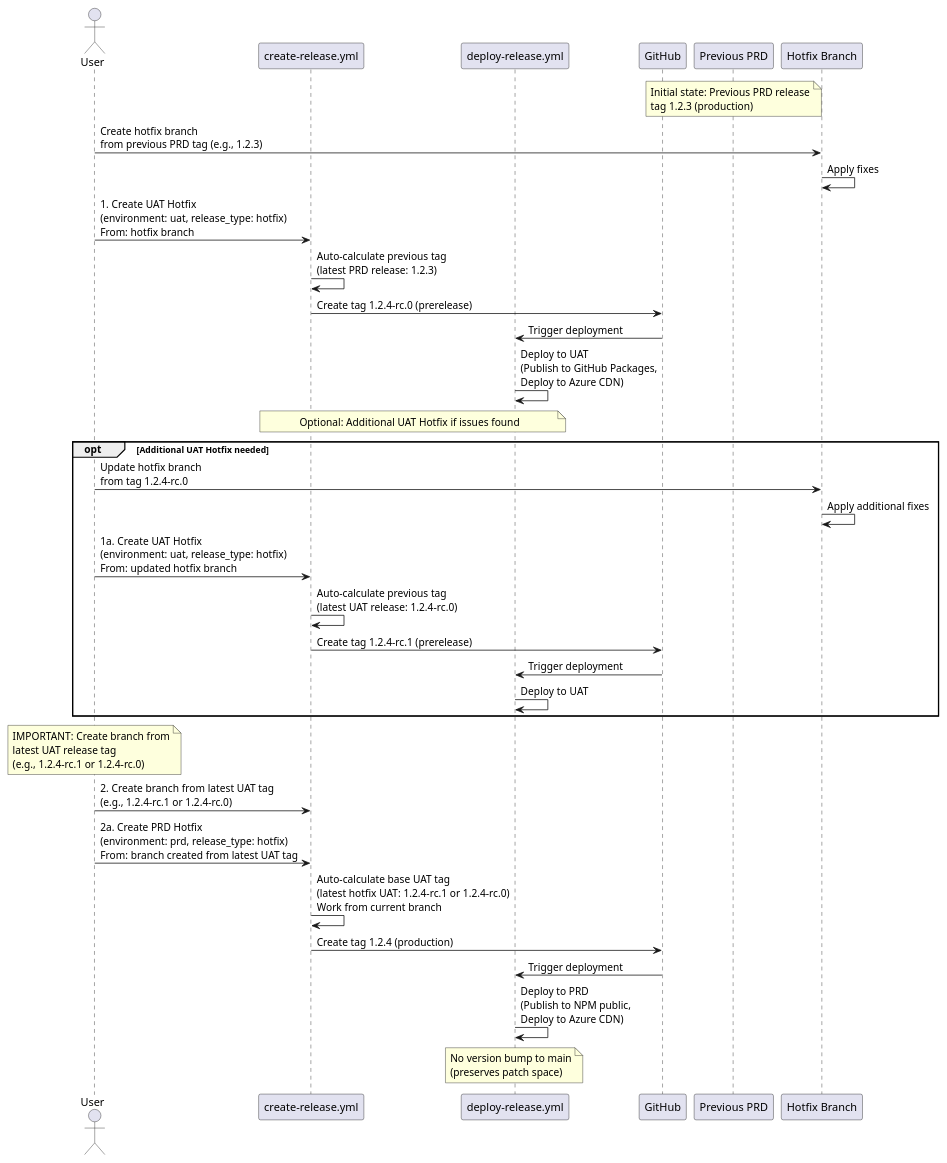
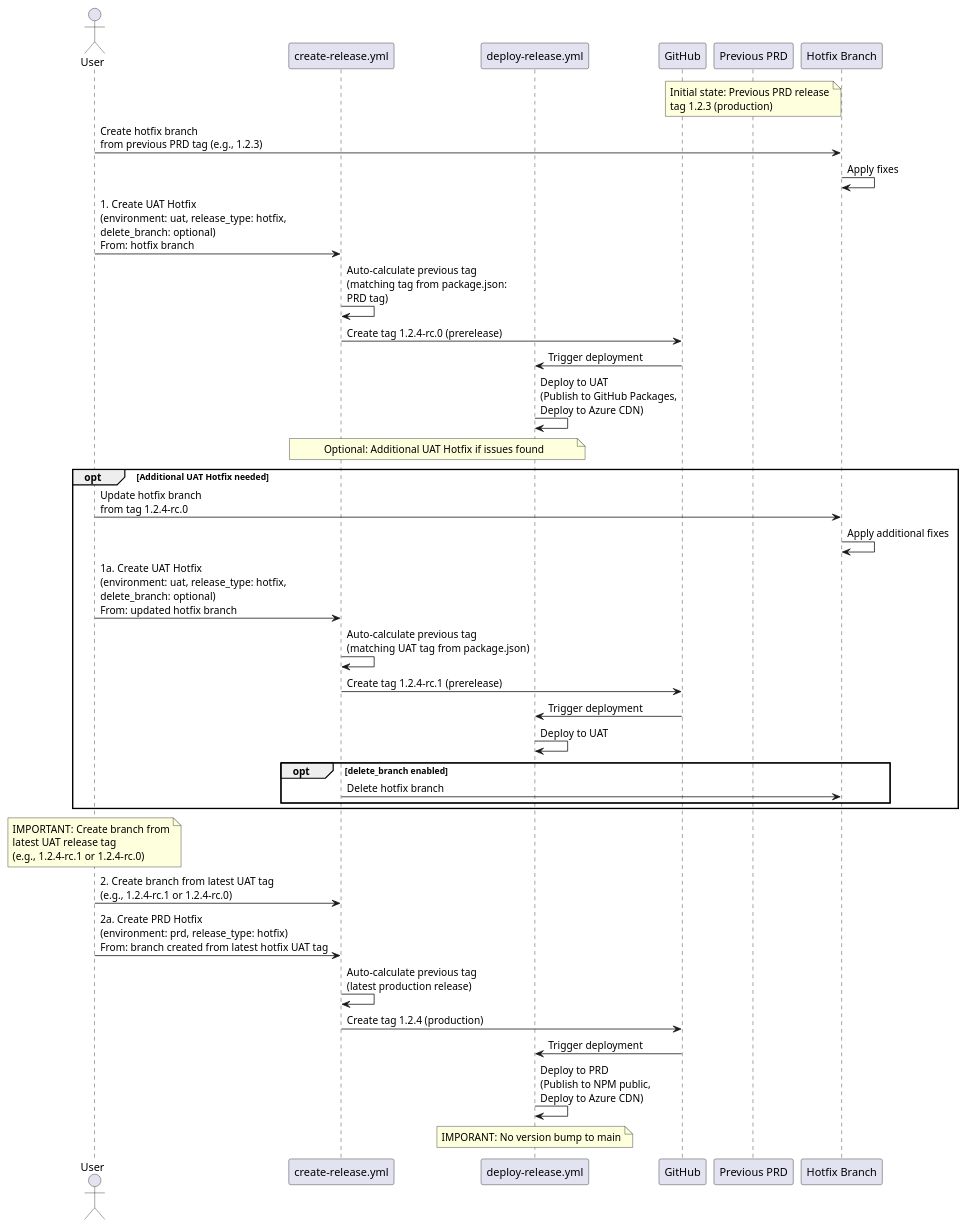
One commit to chili-publish/studio-sdk changed the second of 2 diagrams in RELEASE_PIPELINE.md. Above: the diagram before and after it, drawn with PlantUML. The commit also changed other lines of this file, not shown here.

Commit message:
chore: update release pipeline to reflect latest changes

````diff
--- a/RELEASE_PIPELINE.md
+++ b/RELEASE_PIPELINE.md
@@ -51,42 +54,45 @@
 ```plantuml
 @startuml
 actor User
 participant "create-release.yml" as CreateRelease
 participant "deploy-release.yml" as DeployRelease
 participant "GitHub" as GitHub
 participant "Previous PRD" as PRD
 participant "Hotfix Branch" as HotfixBranch
 
 note over PRD: Initial state: Previous PRD release\ntag 1.2.3 (production)
 
 User -> HotfixBranch: Create hotfix branch\nfrom previous PRD tag (e.g., 1.2.3)
 HotfixBranch -> HotfixBranch: Apply fixes
-User -> CreateRelease: 1. Create UAT Hotfix\n(environment: uat, release_type: hotfix)\nFrom: hotfix branch
-CreateRelease -> CreateRelease: Auto-calculate previous tag\n(latest PRD release: 1.2.3)
+User -> CreateRelease: 1. Create UAT Hotfix\n(environment: uat, release_type: hotfix,\ndelete_branch: optional)\nFrom: hotfix branch
+CreateRelease -> CreateRelease: Auto-calculate previous tag\n(matching tag from package.json:\nPRD tag)
 CreateRelease -> GitHub: Create tag 1.2.4-rc.0 (prerelease)
 GitHub -> DeployRelease: Trigger deployment
 DeployRelease -> DeployRelease: Deploy to UAT\n(Publish to GitHub Packages,\nDeploy to Azure CDN)
 
 note over CreateRelease,DeployRelease: Optional: Additional UAT Hotfix if issues found
 
 opt Additional UAT Hotfix needed
     User -> HotfixBranch: Update hotfix branch\nfrom tag 1.2.4-rc.0
     HotfixBranch -> HotfixBranch: Apply additional fixes
-    User -> CreateRelease: 1a. Create UAT Hotfix\n(environment: uat, release_type: hotfix)\nFrom: updated hotfix branch
-    CreateRelease -> CreateRelease: Auto-calculate previous tag\n(latest UAT release: 1.2.4-rc.0)
+    User -> CreateRelease: 1a. Create UAT Hotfix\n(environment: uat, release_type: hotfix,\ndelete_branch: optional)\nFrom: updated hotfix branch
+    CreateRelease -> CreateRelease: Auto-calculate previous tag\n(matching UAT tag from package.json)
     CreateRelease -> GitHub: Create tag 1.2.4-rc.1 (prerelease)
     GitHub -> DeployRelease: Trigger deployment
     DeployRelease -> DeployRelease: Deploy to UAT
+    opt delete_branch enabled
+        CreateRelease -> HotfixBranch: Delete hotfix branch
+    end
 end
 
 note over User: IMPORTANT: Create branch from\nlatest UAT release tag\n(e.g., 1.2.4-rc.1 or 1.2.4-rc.0)
 User -> CreateRelease: 2. Create branch from latest UAT tag\n(e.g., 1.2.4-rc.1 or 1.2.4-rc.0)
-User -> CreateRelease: 2a. Create PRD Hotfix\n(environment: prd, release_type: hotfix)\nFrom: branch created from latest UAT tag
-CreateRelease -> CreateRelease: Auto-calculate base UAT tag\n(latest hotfix UAT: 1.2.4-rc.1 or 1.2.4-rc.0)\nWork from current branch
+User -> CreateRelease: 2a. Create PRD Hotfix\n(environment: prd, release_type: hotfix)\nFrom: branch created from latest hotfix UAT tag
+CreateRelease -> CreateRelease: Auto-calculate previous tag\n(latest production release)
 CreateRelease -> GitHub: Create tag 1.2.4 (production)
 GitHub -> DeployRelease: Trigger deployment
 DeployRelease -> DeployRelease: Deploy to PRD\n(Publish to NPM public,\nDeploy to Azure CDN)
-note over DeployRelease: No version bump to main\n(preserves patch space)
+note over DeployRelease: IMPORANT: No version bump to main
 
 @enduml
 ```
````
